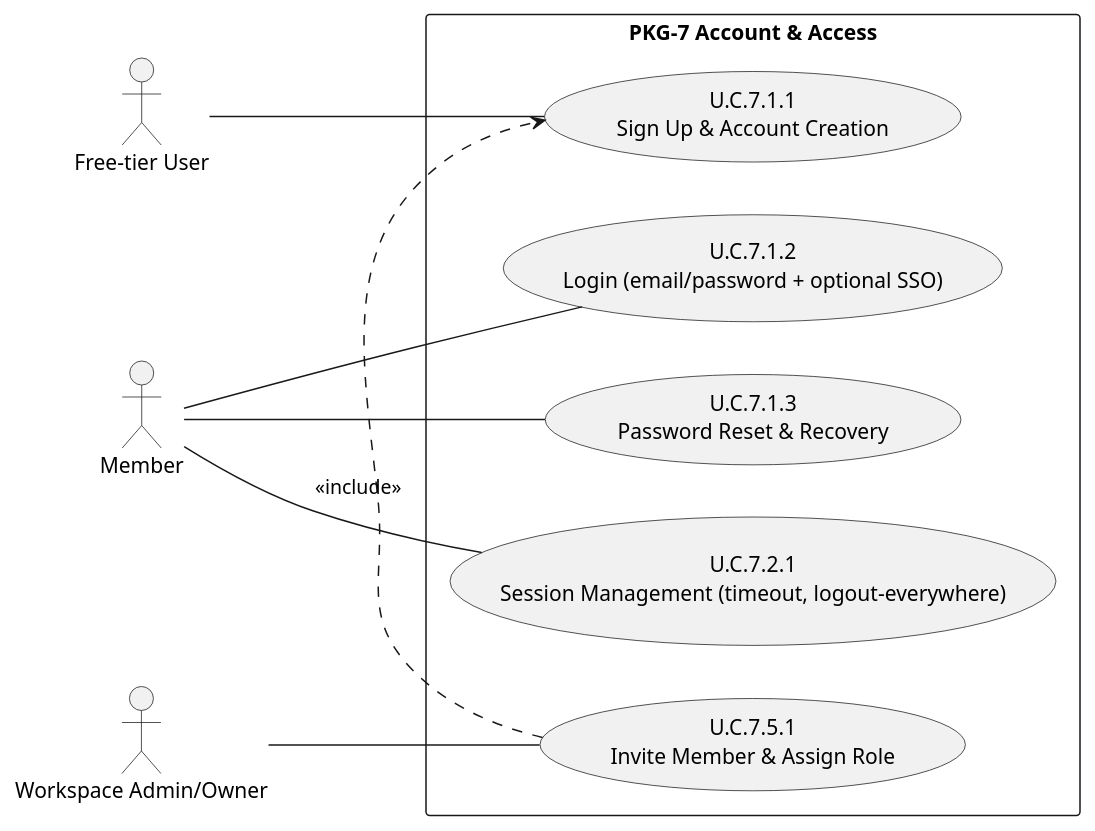
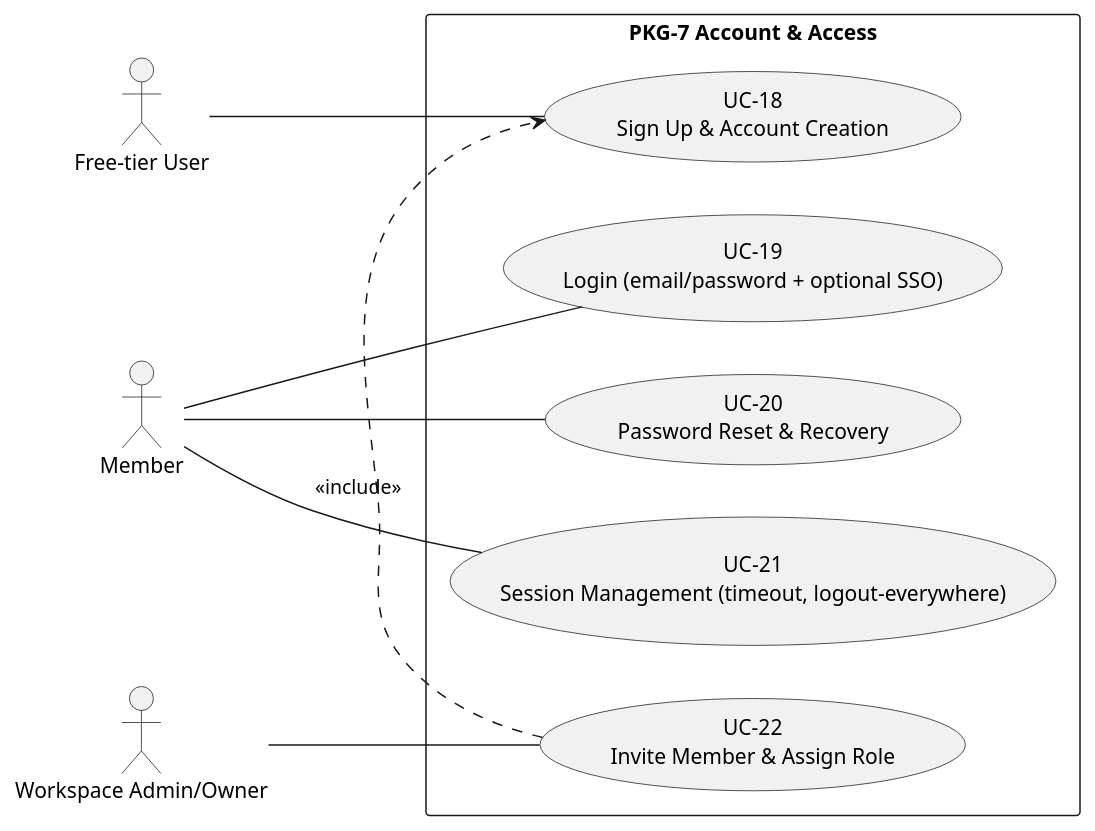
One commit to pauloribeiro16/Methodology_compact changed the second of 11 diagrams in 02_CASES/Case_01_TinyTask_SaaS/03_PHASE3_DECOMPOSITION_RICH/annexes/A_Use_Case_Diagrams.md. Above: the diagram before and after it, drawn with PlantUML. The commit also changed other lines of this file and 34 other files, not shown here.

Commit message:
[EXECUTOR] F2 RENUMBER Case_01: U.C.x.y.z flattened → UC-01..40 (compliance 01..17 + product 18..40), two-phase, 20 files, xlsx+builder regenerated, 11 SVGs re-rendered; gates PASS (verify_rich 0, audit 100%, mermaid 192/192, smoke 16/16)

````diff
--- a/02_CASES/Case_01_TinyTask_SaaS/03_PHASE3_DECOMPOSITION_RICH/annexes/A_Use_Case_Diagrams.md
+++ b/02_CASES/Case_01_TinyTask_SaaS/03_PHASE3_DECOMPOSITION_RICH/annexes/A_Use_Case_Diagrams.md
@@ -103,21 +105,21 @@
 ```plantuml
 @startuml
 left to right direction
 actor "Free-tier User" as FU
 actor "Member" as MEM
 actor "Workspace Admin/Owner" as ADM
 rectangle "PKG-7 Account & Access" {
-usecase "U.C.7.1.1\nSign Up & Account Creation" as UC711
-usecase "U.C.7.1.2\nLogin (email/password + optional SSO)" as UC712
-usecase "U.C.7.1.3\nPassword Reset & Recovery" as UC713
-usecase "U.C.7.2.1\nSession Management (timeout, logout-everywhere)" as UC721
-usecase "U.C.7.5.1\nInvite Member & Assign Role" as UC751
+usecase "UC-18\nSign Up & Account Creation" as UC711
+usecase "UC-19\nLogin (email/password + optional SSO)" as UC712
+usecase "UC-20\nPassword Reset & Recovery" as UC713
+usecase "UC-21\nSession Management (timeout, logout-everywhere)" as UC721
+usecase "UC-22\nInvite Member & Assign Role" as UC751
 }
 FU -- UC711
 MEM -- UC712
 MEM -- UC713
 MEM -- UC721
 ADM -- UC751
 UC751 .> UC711 : <<include>>
 @enduml
 ```
````
